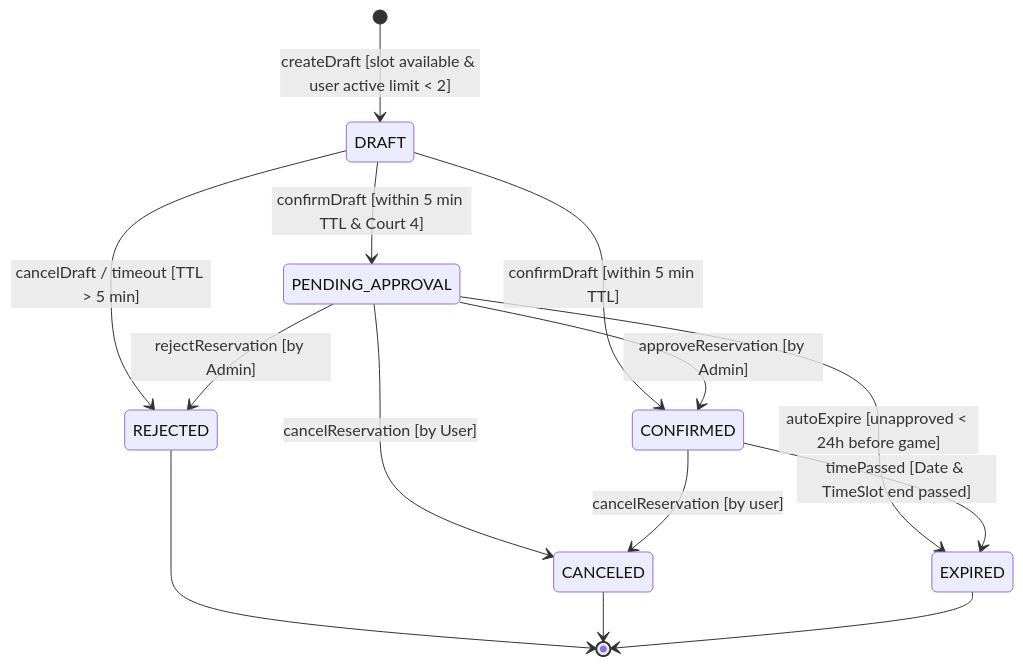
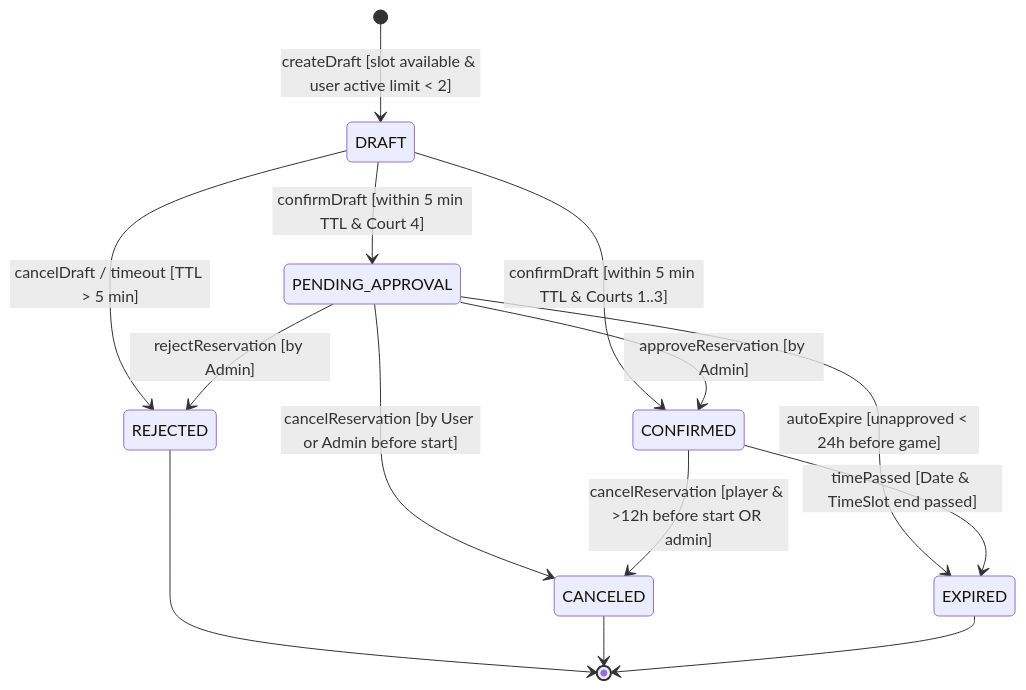
One commit to bad-account/reservation_system changed the second of 4 diagrams in docs/c02-diagrams.md. Above: the diagram before and after it, drawn with Mermaid. The commit also changed other lines of this file, not shown here.

Commit message:
Update reservation state diagram with additional conditions

````diff
--- a/docs/c02-diagrams.md
+++ b/docs/c02-diagrams.md
@@ -33,20 +35,20 @@
 ```mermaid
 stateDiagram-v2
     [*] --> DRAFT : createDraft [slot available & user active limit < 2]
 
-    DRAFT --> CONFIRMED : confirmDraft [within 5 min TTL]
+    DRAFT --> CONFIRMED : confirmDraft [within 5 min TTL & Courts 1..3]
     DRAFT --> PENDING_APPROVAL : confirmDraft [within 5 min TTL & Court 4]
     DRAFT --> REJECTED : cancelDraft / timeout [TTL > 5 min]
 
     PENDING_APPROVAL --> CONFIRMED : approveReservation [by Admin]
     PENDING_APPROVAL --> REJECTED : rejectReservation [by Admin]
-    PENDING_APPROVAL --> CANCELED : cancelReservation [by User]
+    PENDING_APPROVAL --> CANCELED : cancelReservation [by User or Admin before start]
     PENDING_APPROVAL --> EXPIRED : autoExpire [unapproved < 24h before game]
 
-    CONFIRMED --> CANCELED : cancelReservation [by user]
+    CONFIRMED --> CANCELED : cancelReservation [player & >12h before start OR admin]
     CONFIRMED --> EXPIRED : timePassed [Date & TimeSlot end passed]
 
     REJECTED --> [*]
     CANCELED --> [*]
     EXPIRED --> [*]
 ```
````
